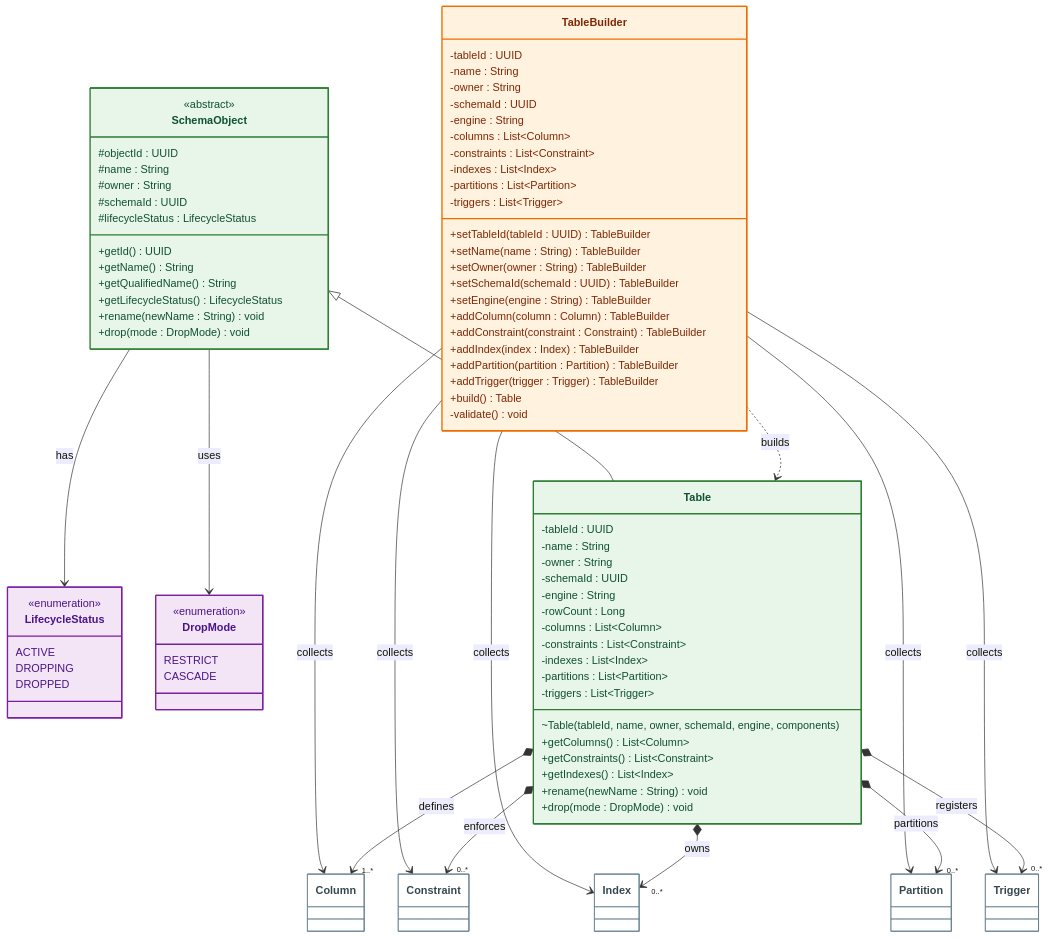
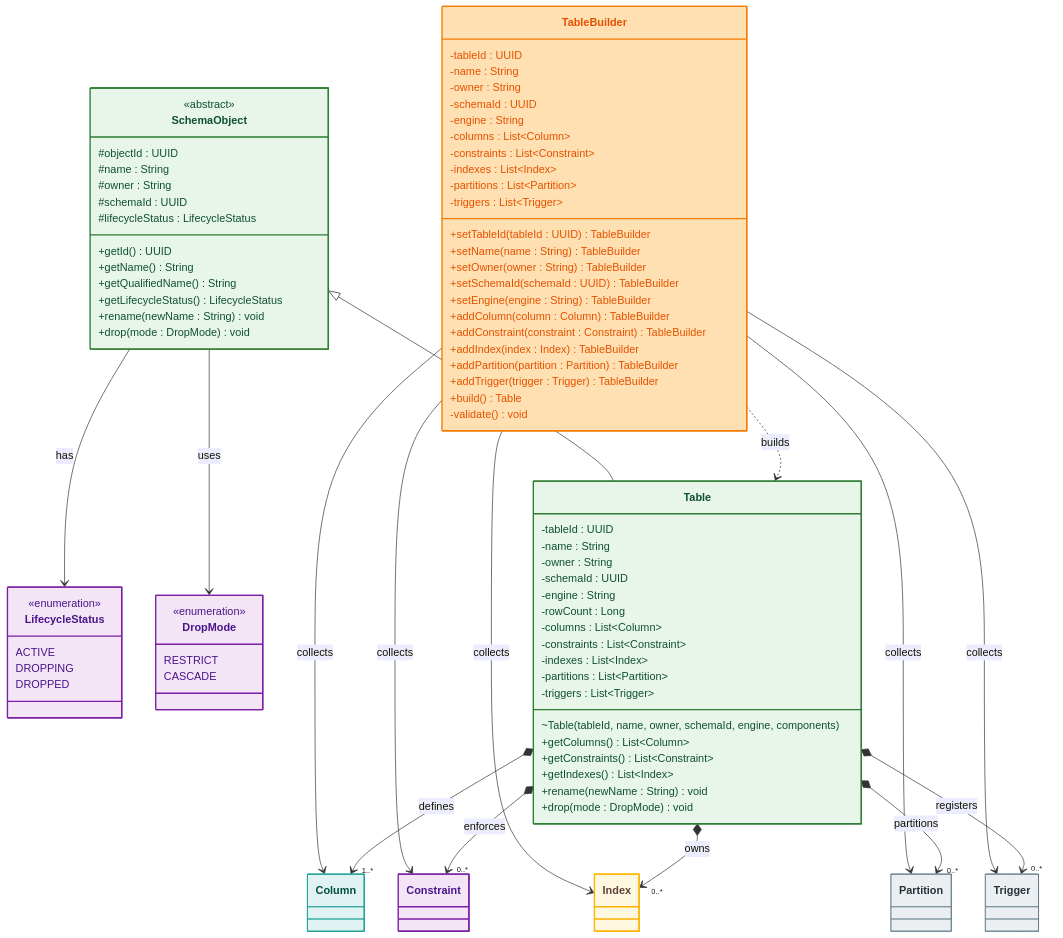
Before and after one commit to Huy1801214/dbms-architecture: the seventh of 13 diagrams in docs/pattern/README.md, drawn with Mermaid. The commit also changed other lines of this file and 1 other file, not shown here.

Commit message:
add architecture and class diagrams to describe database system components

```diff
--- a/docs/pattern/README.md
+++ b/docs/pattern/README.md
@@ -1592,17 +1607,16 @@
 %% =====================================================
 %% Styling
 %% =====================================================
-
 style SchemaObject fill:#e8f5e9,stroke:#2e7d32,stroke-width:2px,color:#0f5132
 style Table fill:#e8f5e9,stroke:#2e7d32,stroke-width:2px,color:#0f5132
 
-style Column fill:#ffffff,stroke:#607d8b,stroke-width:1px,color:#37474f
-style Constraint fill:#ffffff,stroke:#607d8b,stroke-width:1px,color:#37474f
-style Index fill:#ffffff,stroke:#607d8b,stroke-width:1px,color:#37474f
-style Partition fill:#ffffff,stroke:#607d8b,stroke-width:1px,color:#37474f
-style Trigger fill:#ffffff,stroke:#607d8b,stroke-width:1px,color:#37474f
+style Column fill:#e0f2f1,stroke:#009688,stroke-width:1px,color:#004d40
+style Constraint fill:#f3e5f5,stroke:#7b1fa2,stroke-width:2px,color:#4a148c
+style Index fill:#fff8e1,stroke:#ffb300,stroke-width:2px,color:#5d4037
+style Partition fill:#eceff1,stroke:#607d8b,stroke-width:1px,color:#263238
+style Trigger fill:#eceff1,stroke:#607d8b,stroke-width:1px,color:#263238
 
-style TableBuilder fill:#fff3e0,stroke:#ef6c00,stroke-width:2px,color:#7f2704
+style TableBuilder fill:#ffe0b2,stroke:#f57c00,stroke-width:2px,color:#e65100
 
 style LifecycleStatus fill:#f3e5f5,stroke:#7b1fa2,stroke-width:2px,color:#4a148c
 style DropMode fill:#f3e5f5,stroke:#7b1fa2,stroke-width:2px,color:#4a148c
```
